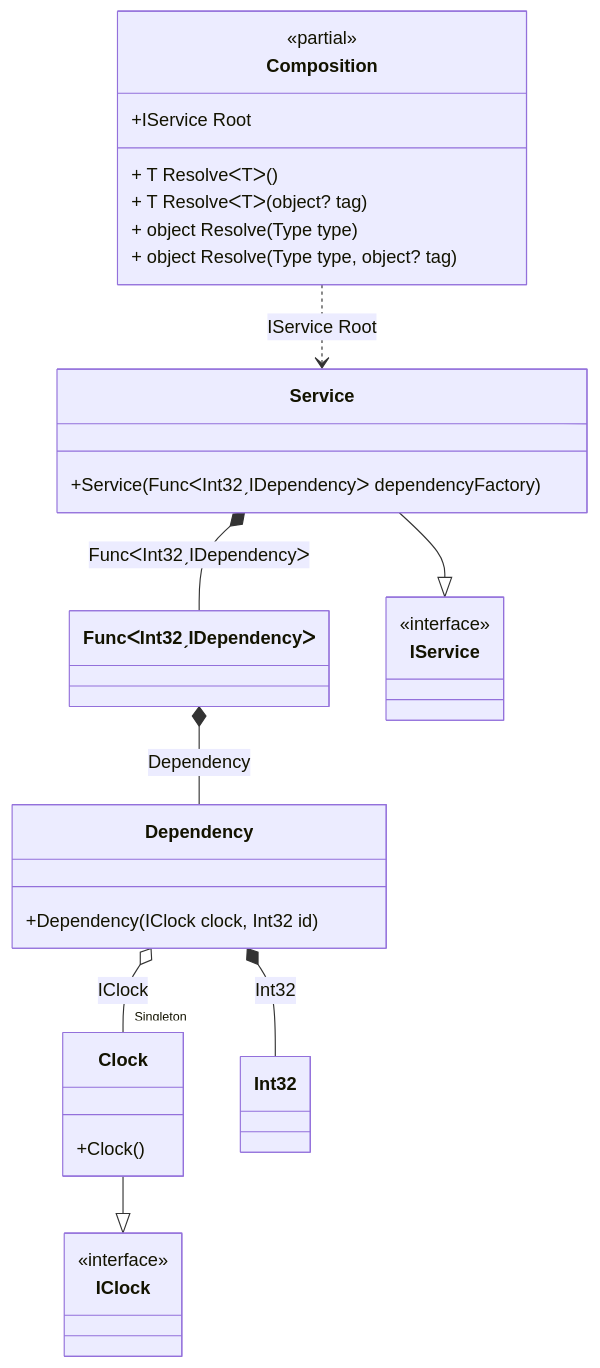
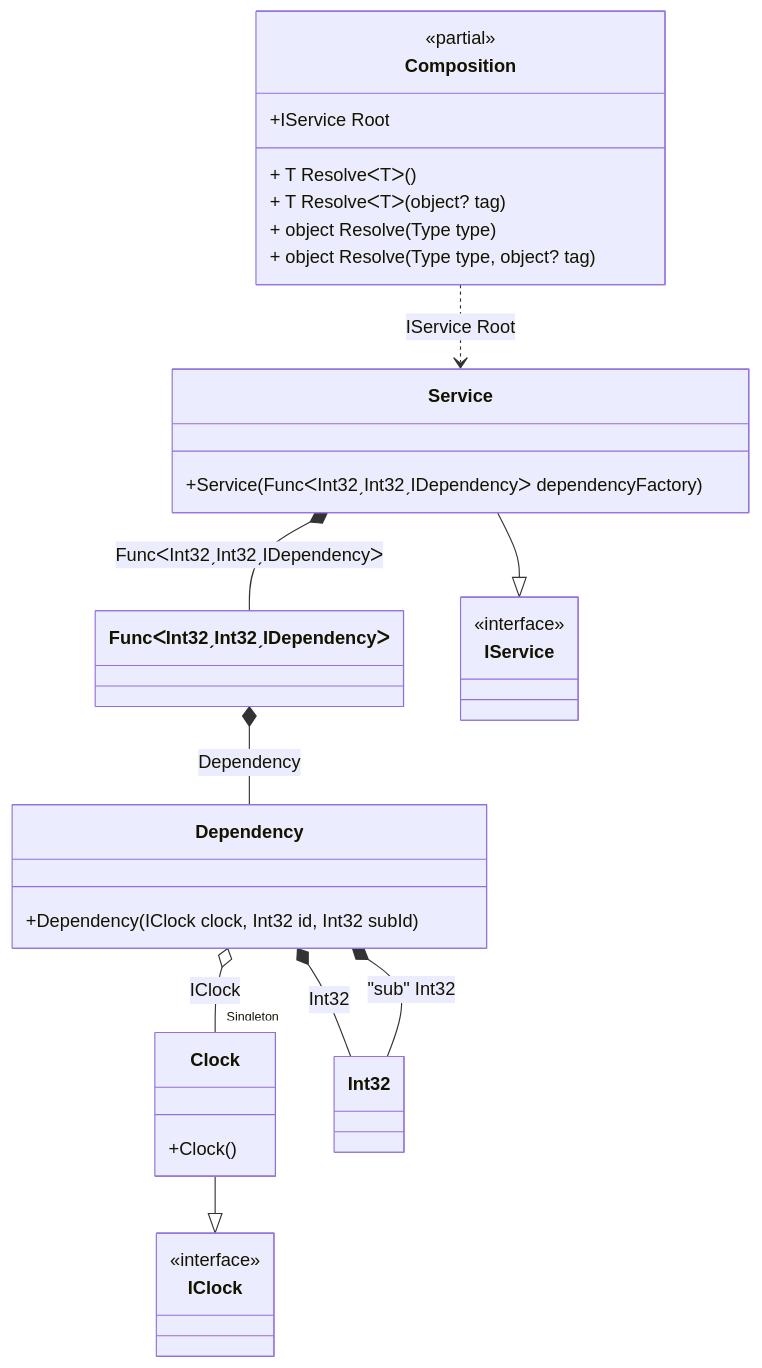
The diagram in readme/func-with-arguments.md (DevTeam/Pure.DI), drawn with Mermaid before and after one commit. The commit also changed other lines of this file and 43 other files, not shown here.

````diff
--- a/readme/func-with-arguments.md
+++ b/readme/func-with-arguments.md
@@ -235,35 +253,36 @@
 ```mermaid
 classDiagram
 	class Composition {
 		<<partial>>
 		+IService Root
 		+ T ResolveᐸTᐳ()
 		+ T ResolveᐸTᐳ(object? tag)
 		+ object Resolve(Type type)
 		+ object Resolve(Type type, object? tag)
 	}
 	class Dependency {
-		+Dependency(IClock clock, Int32 id)
+		+Dependency(IClock clock, Int32 id, Int32 subId)
 	}
 	Clock --|> IClock
 	class Clock {
 		+Clock()
 	}
 	class Int32
-	class FuncᐸInt32ˏIDependencyᐳ
+	class FuncᐸInt32ˏInt32ˏIDependencyᐳ
 	Service --|> IService
 	class Service {
-		+Service(FuncᐸInt32ˏIDependencyᐳ dependencyFactory)
+		+Service(FuncᐸInt32ˏInt32ˏIDependencyᐳ dependencyFactory)
 	}
 	class IClock {
 		<<interface>>
 	}
 	class IService {
 		<<interface>>
 	}
 	Dependency o-- "Singleton" Clock : IClock
 	Dependency *--  Int32 : Int32
+	Dependency *--  Int32 : "sub"  Int32
 	Composition ..> Service : IService Root
-	FuncᐸInt32ˏIDependencyᐳ *--  Dependency : Dependency
-	Service *--  FuncᐸInt32ˏIDependencyᐳ : FuncᐸInt32ˏIDependencyᐳ
+	FuncᐸInt32ˏInt32ˏIDependencyᐳ *--  Dependency : Dependency
+	Service *--  FuncᐸInt32ˏInt32ˏIDependencyᐳ : FuncᐸInt32ˏInt32ˏIDependencyᐳ
 ```
````
